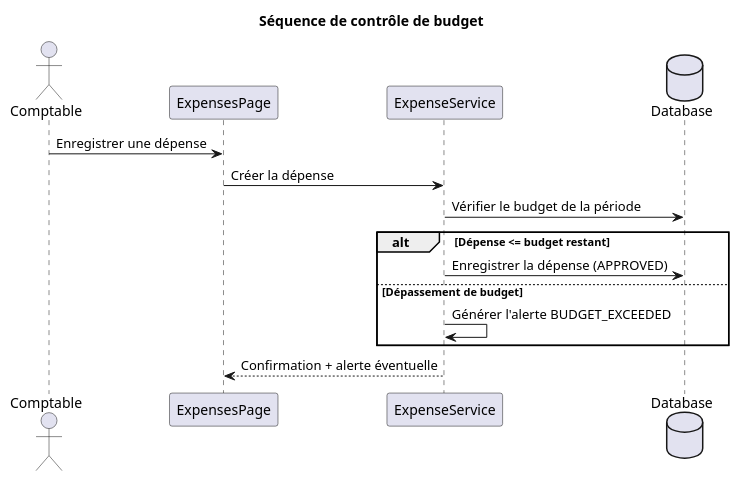
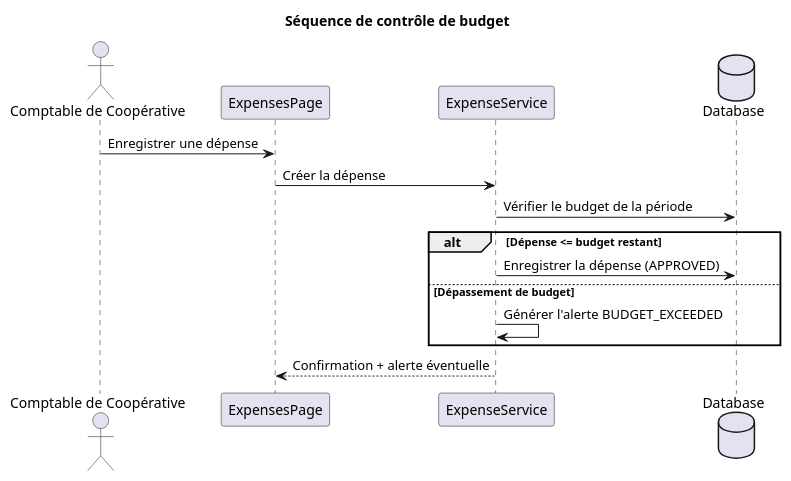
One commit to louvinx/sysgeca_documentation changed the diagram in puml/figure28_sequence_controle_budget.puml. Above: the diagram before and after it, drawn with PlantUML. The commit also changed 24 other files, not shown here.

```diff
--- a/puml/figure28_sequence_controle_budget.puml
+++ b/puml/figure28_sequence_controle_budget.puml
@@ -1,22 +1,22 @@
 @startuml
 title Séquence de contrôle de budget
 
 skinparam shadowing false
-actor "Comptable" as accountant
+actor "Comptable de Coopérative" as accountant
 participant "ExpensesPage" as page
 participant "ExpenseService" as service
 database "Database" as db
 
 accountant -> page: Enregistrer une dépense
 page -> service: Créer la dépense
 service -> db: Vérifier le budget de la période
 
 alt Dépense <= budget restant
     service -> db: Enregistrer la dépense (APPROVED)
 else Dépassement de budget
     service -> service: Générer l'alerte BUDGET_EXCEEDED
 end
 
 service --> page: Confirmation + alerte éventuelle
 
 @enduml
```
